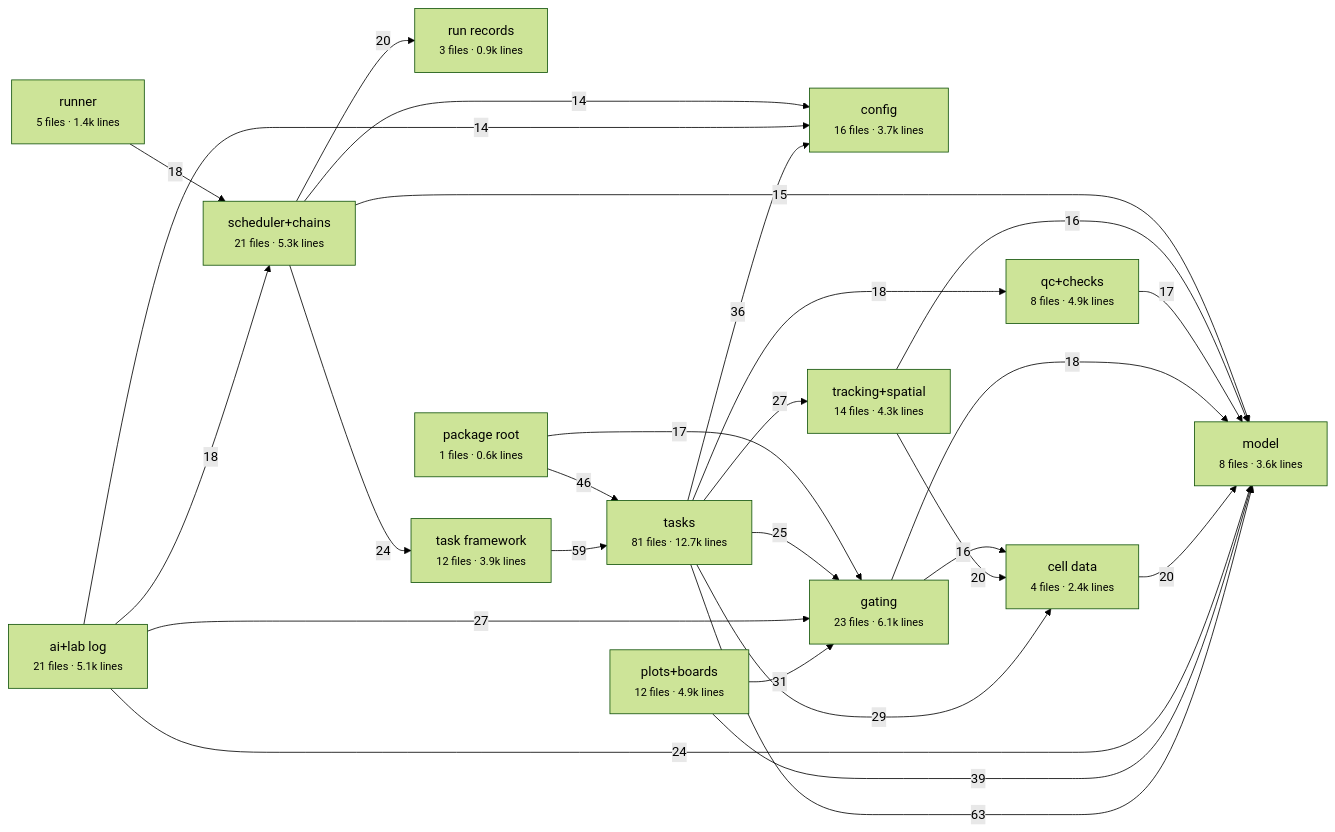
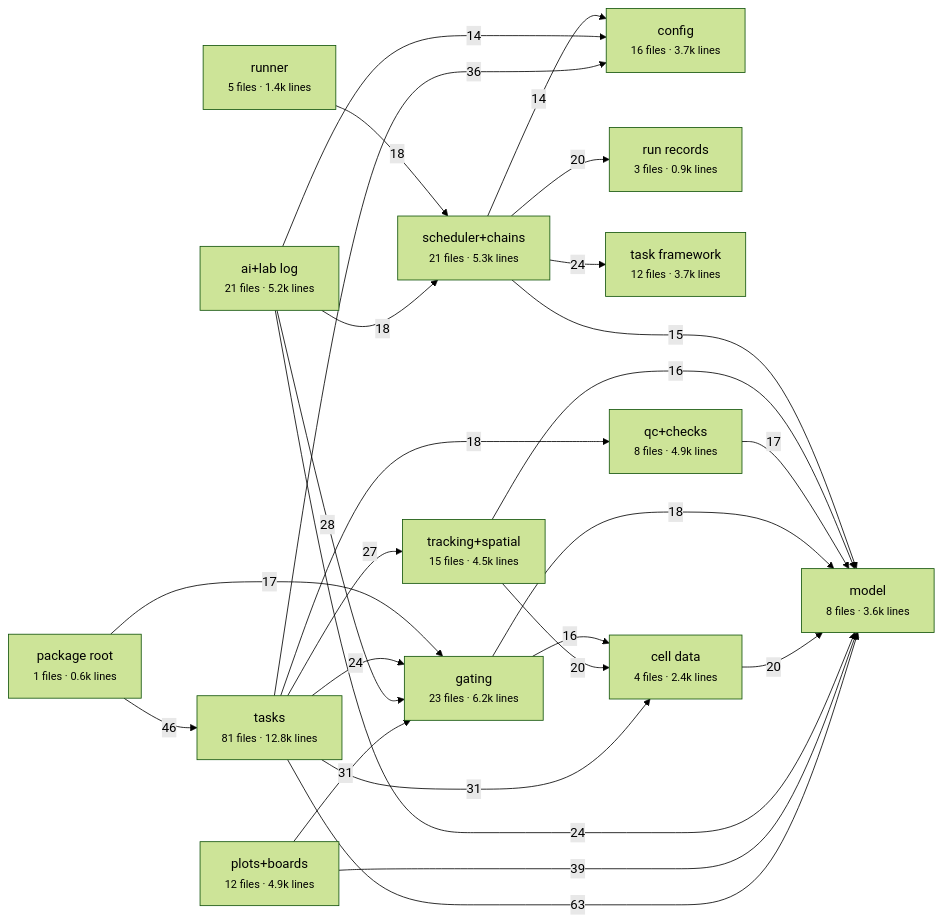
One commit to schienstockd/cecelia changed the first of 2 diagrams in docs/architecture/julia/areas.md. Above: the diagram before and after it, drawn with Mermaid (forest theme). The commit also changed other lines of this file and 78 other files, not shown here.

````diff
--- a/docs/architecture/julia/areas.md
+++ b/docs/architecture/julia/areas.md
@@ -17,43 +17,42 @@
 ```mermaid
 flowchart LR
   model["model<br/><small>8 files · 3.6k lines</small>"]
   config["config<br/><small>16 files · 3.7k lines</small>"]
   run_records["run records<br/><small>3 files · 0.9k lines</small>"]
   scheduler_chains["scheduler+chains<br/><small>21 files · 5.3k lines</small>"]
-  task_framework["task framework<br/><small>12 files · 3.9k lines</small>"]
-  tasks["tasks<br/><small>81 files · 12.7k lines</small>"]
+  task_framework["task framework<br/><small>12 files · 3.7k lines</small>"]
+  tasks["tasks<br/><small>81 files · 12.8k lines</small>"]
   runner["runner<br/><small>5 files · 1.4k lines</small>"]
   cell_data["cell data<br/><small>4 files · 2.4k lines</small>"]
-  gating["gating<br/><small>23 files · 6.1k lines</small>"]
-  tracking_spatial["tracking+spatial<br/><small>14 files · 4.3k lines</small>"]
+  gating["gating<br/><small>23 files · 6.2k lines</small>"]
+  tracking_spatial["tracking+spatial<br/><small>15 files · 4.5k lines</small>"]
   qc_checks["qc+checks<br/><small>8 files · 4.9k lines</small>"]
   plots_boards["plots+boards<br/><small>12 files · 4.9k lines</small>"]
-  ai_lab_log["ai+lab log<br/><small>21 files · 5.1k lines</small>"]
+  ai_lab_log["ai+lab log<br/><small>21 files · 5.2k lines</small>"]
   package_root["package root<br/><small>1 files · 0.6k lines</small>"]
   tasks -->|63| model
-  task_framework -->|59| tasks
   package_root -->|46| tasks
   plots_boards -->|39| model
   tasks -->|36| config
   plots_boards -->|31| gating
-  tasks -->|29| cell_data
-  ai_lab_log -->|27| gating
+  tasks -->|31| cell_data
+  ai_lab_log -->|28| gating
   tasks -->|27| tracking_spatial
-  tasks -->|25| gating
   ai_lab_log -->|24| model
   scheduler_chains -->|24| task_framework
+  tasks -->|24| gating
   cell_data -->|20| model
   scheduler_chains -->|20| run_records
   tracking_spatial -->|20| cell_data
   ai_lab_log -->|18| scheduler_chains
   gating -->|18| model
   runner -->|18| scheduler_chains
   tasks -->|18| qc_checks
   package_root -->|17| gating
   qc_checks -->|17| model
   gating -->|16| cell_data
   tracking_spatial -->|16| model
   scheduler_chains -->|15| model
   ai_lab_log -->|14| config
   scheduler_chains -->|14| config
 ```
````
